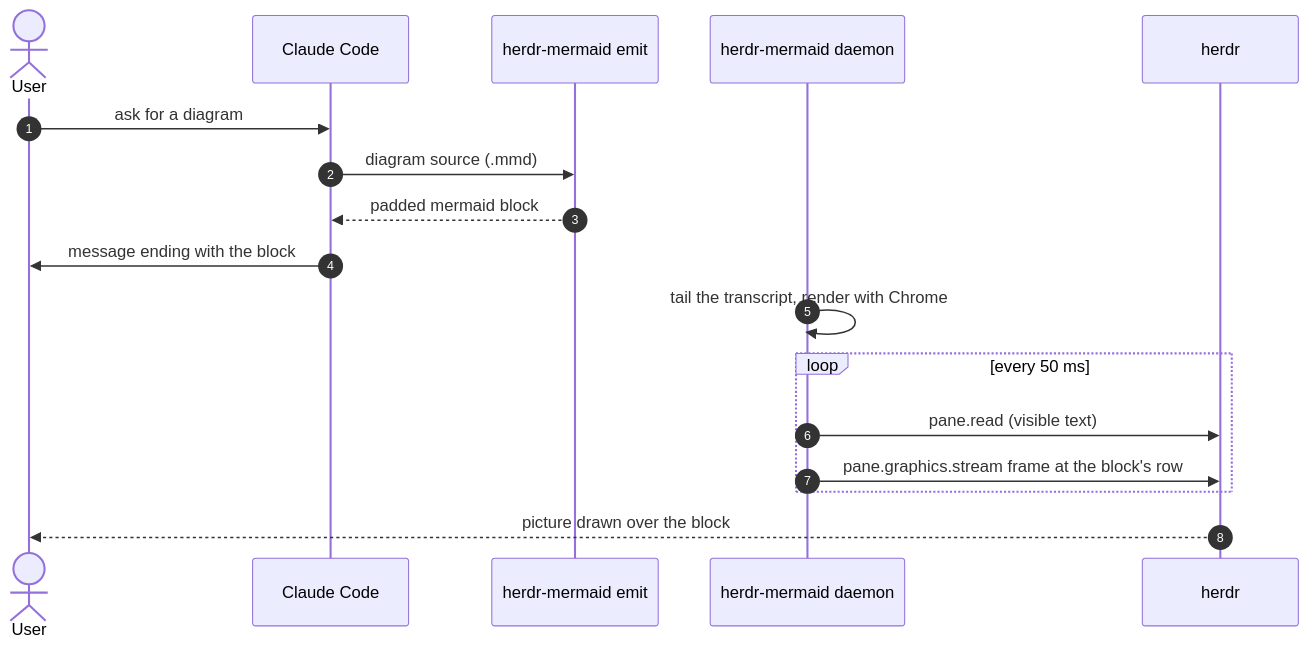
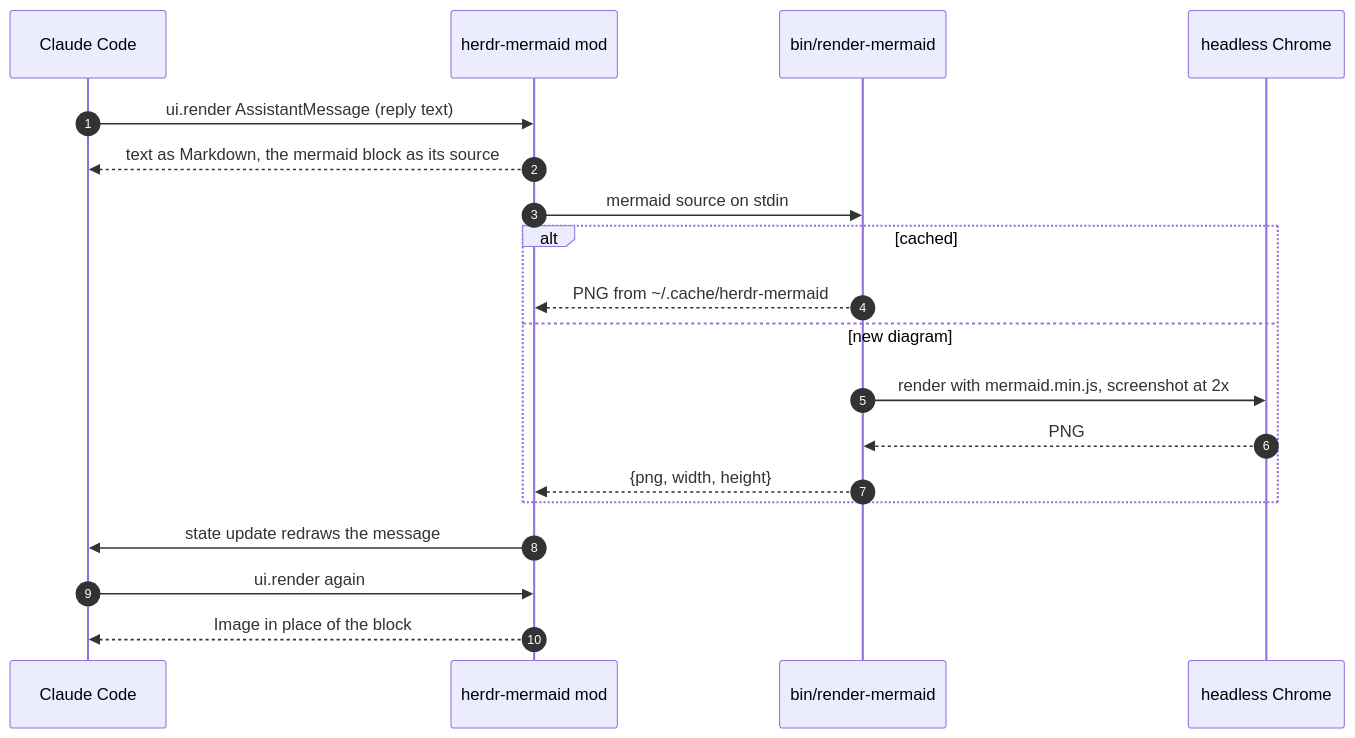
One commit to yssk94/herdr-mermaid changed the diagram in examples/sequence.mmd. Above: the diagram before and after it, drawn with Mermaid. The commit also changed 12 other files, not shown here.

First line of the commit message:
feat!: 図をコードブロックへの重ね描きからClaude Codeのmodによるインライン画像に置き換え

```diff
--- a/examples/sequence.mmd
+++ b/examples/sequence.mmd
@@ -1,18 +1,19 @@
 sequenceDiagram
   autonumber
-  actor User
   participant Claude as Claude Code
-  participant Emit as herdr-mermaid emit
-  participant Daemon as herdr-mermaid daemon
-  participant Herdr as herdr
-
-  User->>Claude: ask for a diagram
-  Claude->>Emit: diagram source (.mmd)
-  Emit-->>Claude: padded mermaid block
-  Claude->>User: message ending with the block
-  Daemon->>Daemon: tail the transcript, render with Chrome
-  loop every 50 ms
-    Daemon->>Herdr: pane.read (visible text)
-    Daemon->>Herdr: pane.graphics.stream frame at the block's row
+  participant Mod as herdr-mermaid mod
+  participant Render as bin/render-mermaid
+  participant Chrome as headless Chrome
+  Claude->>Mod: ui.render AssistantMessage (reply text)
+  Mod-->>Claude: text as Markdown, the mermaid block as its source
+  Mod->>Render: mermaid source on stdin
+  alt cached
+    Render-->>Mod: PNG from ~/.cache/herdr-mermaid
+  else new diagram
+    Render->>Chrome: render with mermaid.min.js, screenshot at 2x
+    Chrome-->>Render: PNG
+    Render-->>Mod: {png, width, height}
   end
-  Herdr-->>User: picture drawn over the block
+  Mod->>Claude: state update redraws the message
+  Claude->>Mod: ui.render again
+  Mod-->>Claude: Image in place of the block
```
